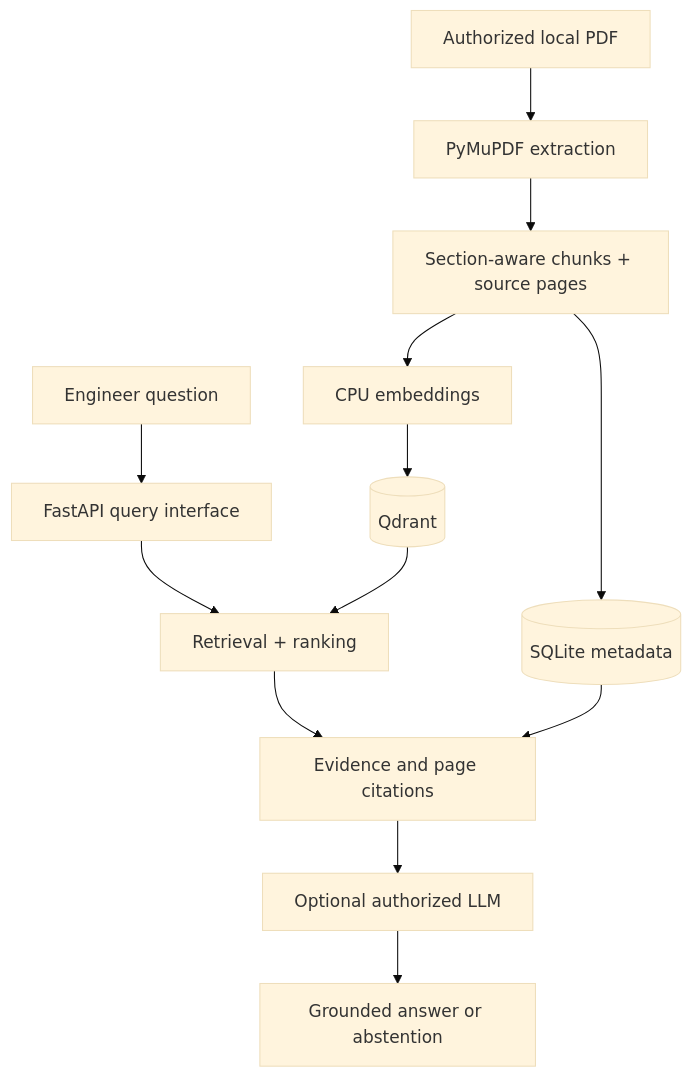
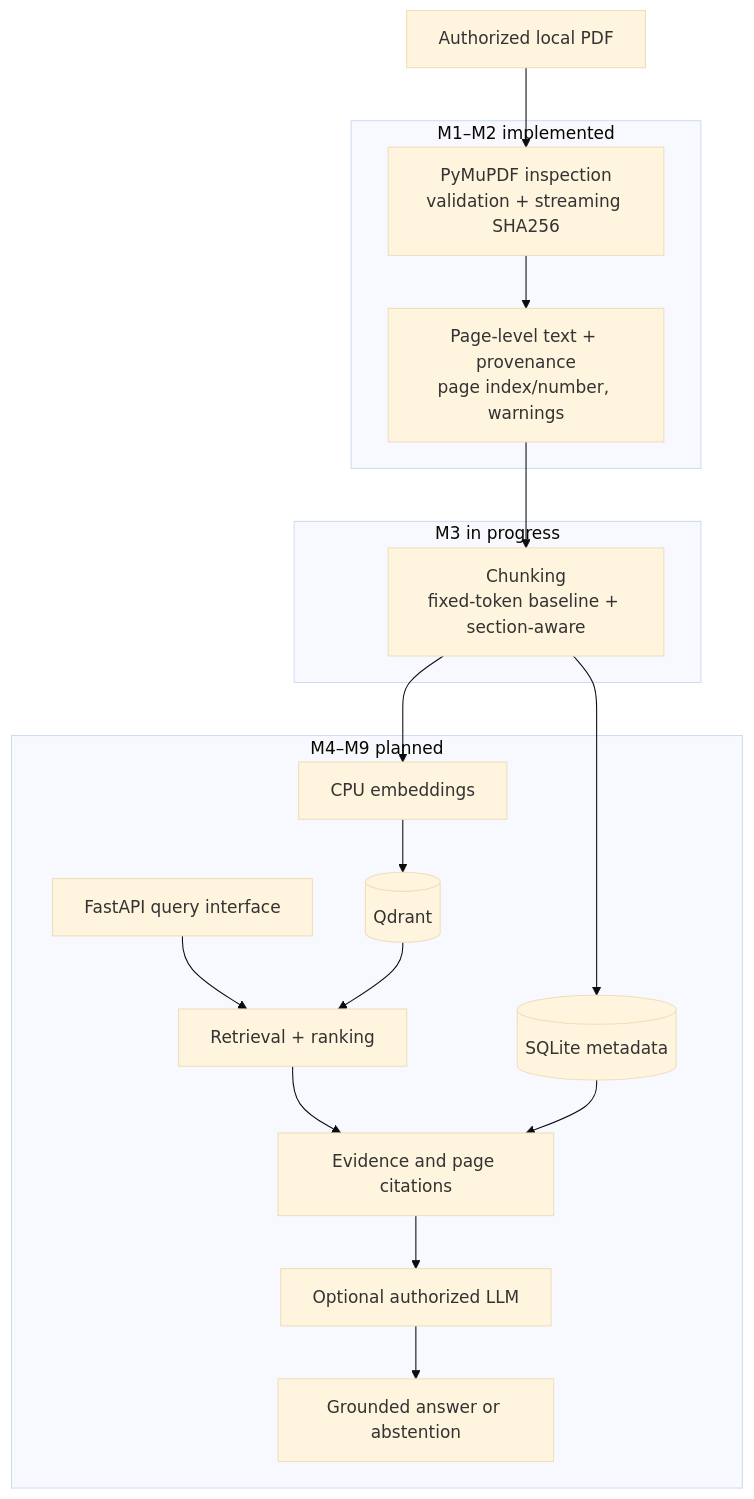
The diagram in README.md (hafizshah101-code/industrial-rag-copilot), drawn with Mermaid (base theme) before and after one commit. The commit also changed other lines of this file and 4 other files, not shown here.

First line of the commit message:
docs: align RAG roadmap and milestone status

````diff
--- a/README.md
+++ b/README.md
@@ -12,15 +63,32 @@
 ```mermaid
 flowchart TD
-A[Authorized local PDF] --> B[PyMuPDF extraction]
-B --> C[Section-aware chunks + source pages]
-C --> D[CPU embeddings]
-D --> E[(Qdrant)]
-C --> F[(SQLite metadata)]
-G[Engineer question] --> H[FastAPI query interface]
-H --> I[Retrieval + ranking]
-E --> I
-I --> J[Evidence and page citations]
-F --> J
-J --> K[Optional authorized LLM]
-K --> L[Grounded answer or abstention]
+A[Authorized local PDF] --> B[PyMuPDF inspection<br/>validation + streaming SHA256]
+B --> C[Page-level text + provenance<br/>page index/number, warnings]
+subgraph IMPLEMENTED[M1–M2 implemented]
+B
+C
+end
+subgraph CURRENT[M3 in progress]
+D[Chunking<br/>fixed-token baseline + section-aware]
+end
+C --> D
+subgraph PLANNED[M4–M9 planned]
+E[CPU embeddings]
+F[(Qdrant)]
+G[(SQLite metadata)]
+H[FastAPI query interface]
+I[Retrieval + ranking]
+J[Evidence and page citations]
+K[Optional authorized LLM]
+L[Grounded answer or abstention]
+E --> F
+D --> E
+D --> G
+H --> I
+F --> I
+I --> J
+G --> J
+J --> K
+K --> L
+end
 ```
````
